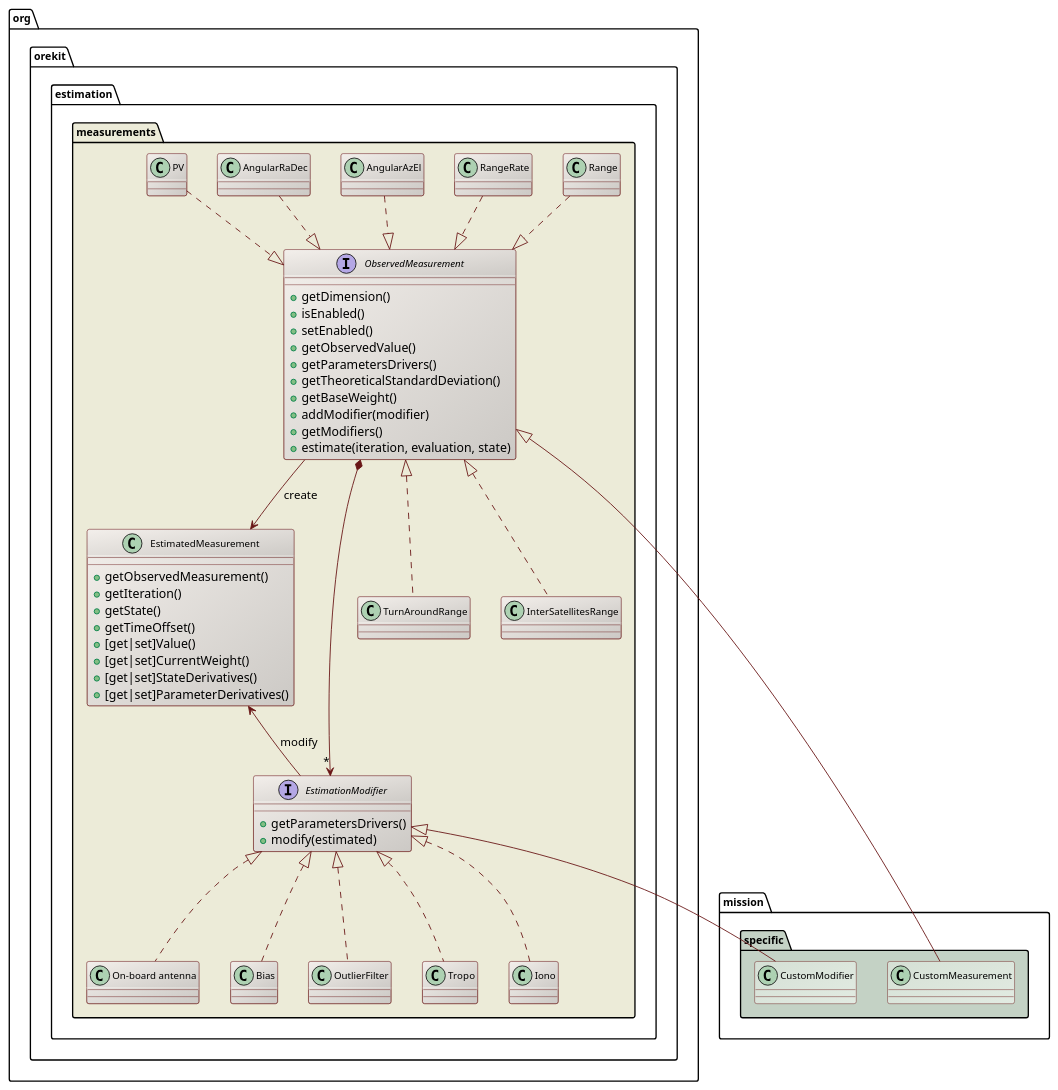
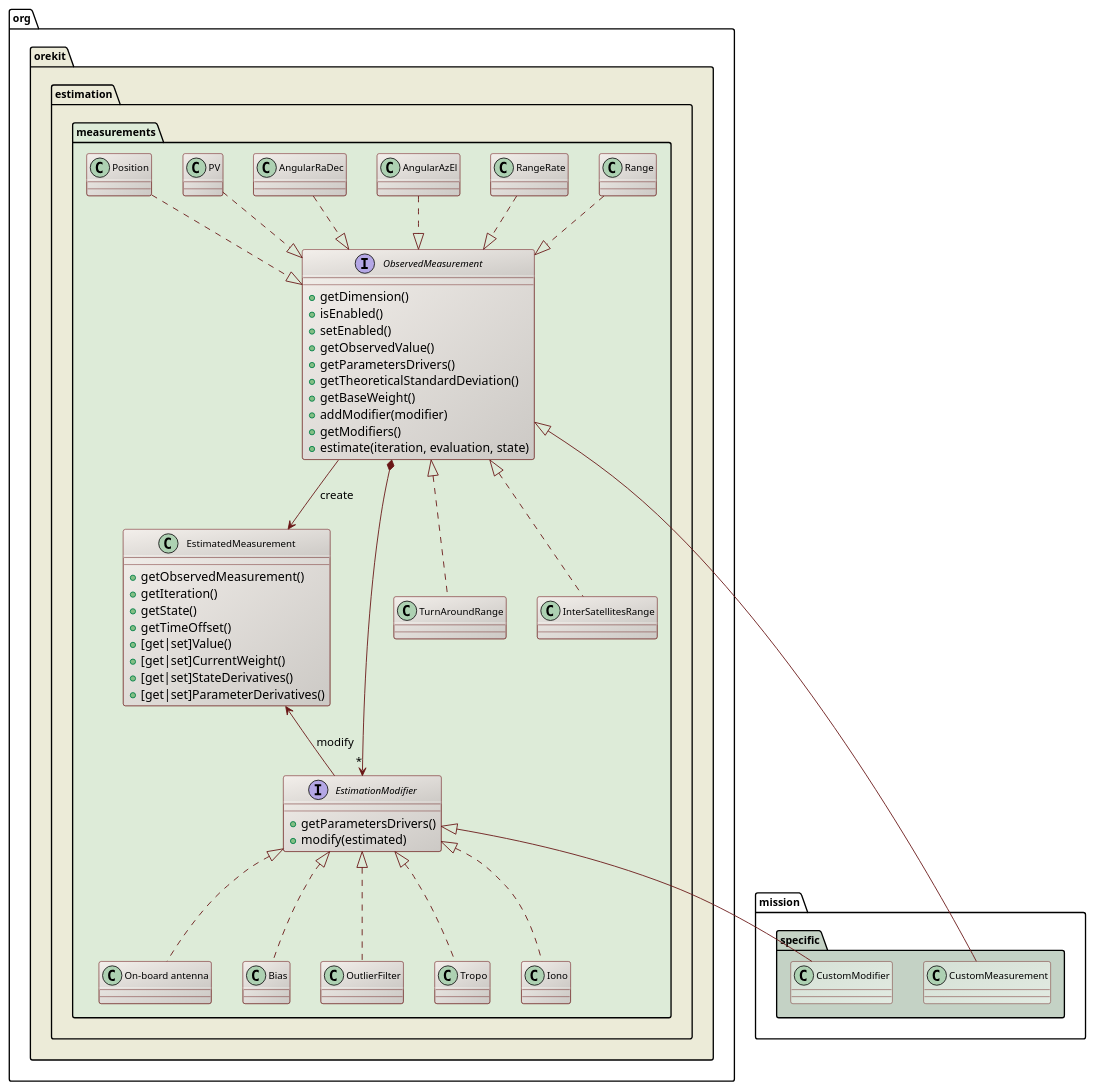
Before and after one commit to CS-SI/Orekit: the diagram in src/design/orbit-determination-measurements-class-diagram.puml, drawn with PlantUML. The commit also changed 6 other files, not shown here.

Commit message:
Added position-only measurements in orbit determination.

```diff
--- a/src/design/orbit-determination-measurements-class-diagram.puml
+++ b/src/design/orbit-determination-measurements-class-diagram.puml
@@ -17,70 +17,75 @@
 @startuml
 
   skinparam svek                  true
   skinparam ClassBackgroundColor  #F3EFEB/CCC9C5
   skinparam ClassArrowColor       #691616
   skinparam ClassBorderColor      #691616
   skinparam NoteBackgroundColor   #F3EFEB
   skinparam NoteBorderColor       #691616
   skinparam NoteFontColor         #691616
   skinparam ClassFontSize         11
   skinparam PackageFontSize       12
 
-  package org.orekit.estimation.measurements #ECEBD8 {
+  package org.orekit #ECEBD8 {
 
-    interface ObservedMeasurement {
-      +getDimension()
-      +isEnabled()
-      +setEnabled()
-      +getObservedValue()
-      +getParametersDrivers()
-      +getTheoreticalStandardDeviation()
-      +getBaseWeight()
-      +addModifier(modifier)
-      +getModifiers()
-      +estimate(iteration, evaluation, state)
+    package estimation.measurements #DDEBD8 {
+
+      interface ObservedMeasurement {
+        +getDimension()
+        +isEnabled()
+        +setEnabled()
+        +getObservedValue()
+        +getParametersDrivers()
+        +getTheoreticalStandardDeviation()
+        +getBaseWeight()
+        +addModifier(modifier)
+        +getModifiers()
+        +estimate(iteration, evaluation, state)
+      }
+    
+      class EstimatedMeasurement {
+        +getObservedMeasurement()
+        +getIteration()
+        +getState()
+        +getTimeOffset()
+        +[get|set]Value()
+        +[get|set]CurrentWeight()
+        +[get|set]StateDerivatives()
+        +[get|set]ParameterDerivatives()
+      }
+    
+      interface EstimationModifier {
+        +getParametersDrivers()
+        +modify(estimated)
+      }
+    
+      class "On-board antenna" as Onboard
+      ObservedMeasurement *--> "*" EstimationModifier
+      ObservedMeasurement --> EstimatedMeasurement : create
+      EstimatedMeasurement <-- EstimationModifier : modify
+      Range              ..|> ObservedMeasurement
+      RangeRate          ..|> ObservedMeasurement
+      AngularAzEl        ..|> ObservedMeasurement
+      AngularRaDec       ..|> ObservedMeasurement
+      PV                 ..|> ObservedMeasurement
+      Position           ..|> ObservedMeasurement
+      ObservedMeasurement <|.. TurnAroundRange
+      ObservedMeasurement <|.. InterSatellitesRange
+      EstimationModifier <|.. Bias
+      EstimationModifier <|.. OutlierFilter
+      EstimationModifier <|.. Tropo
+      EstimationModifier <|.. Iono
+      EstimationModifier <|.. Onboard
+ 
     }
-    
-    class EstimatedMeasurement {
-      +getObservedMeasurement()
-      +getIteration()
-      +getState()
-      +getTimeOffset()
-      +[get|set]Value()
-      +[get|set]CurrentWeight()
-      +[get|set]StateDerivatives()
-      +[get|set]ParameterDerivatives()
-    }
-    
-    interface EstimationModifier {
-      +getParametersDrivers()
-      +modify(estimated)
-    }
-    
-    class "On-board antenna" as Onboard
-    ObservedMeasurement *--> "*" EstimationModifier
-    ObservedMeasurement --> EstimatedMeasurement : create
-    EstimatedMeasurement <-- EstimationModifier : modify
-    Range              ..|> ObservedMeasurement
-    RangeRate          ..|> ObservedMeasurement
-    AngularAzEl        ..|> ObservedMeasurement
-    AngularRaDec       ..|> ObservedMeasurement
-    PV                 ..|> ObservedMeasurement
-    ObservedMeasurement <|.. TurnAroundRange
-    ObservedMeasurement <|.. InterSatellitesRange
-    EstimationModifier <|.. Bias
-    EstimationModifier <|.. OutlierFilter
-    EstimationModifier <|.. Tropo
-    EstimationModifier <|.. Iono
-    EstimationModifier <|.. Onboard
- 
+
   }
 
   package mission.specific #C4D2C5 {
     class CustomModifier #D5E0D5/E2EBE2
     class CustomMeasurement #D5E0D5/E2EBE2
     ObservedMeasurement <|-- CustomMeasurement
     EstimationModifier <|-- CustomModifier
   }
 
 @enduml
```
